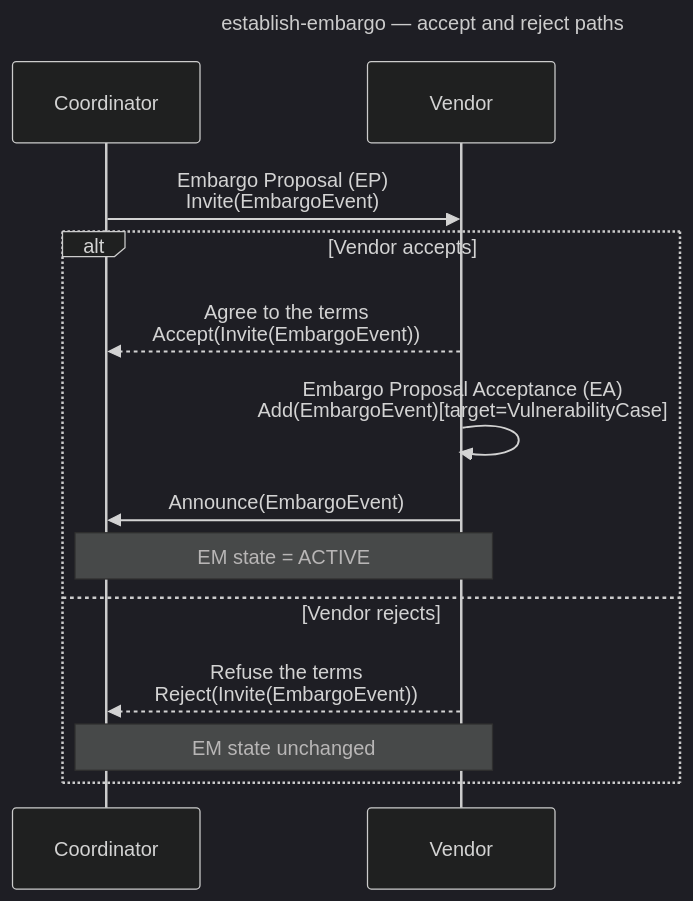
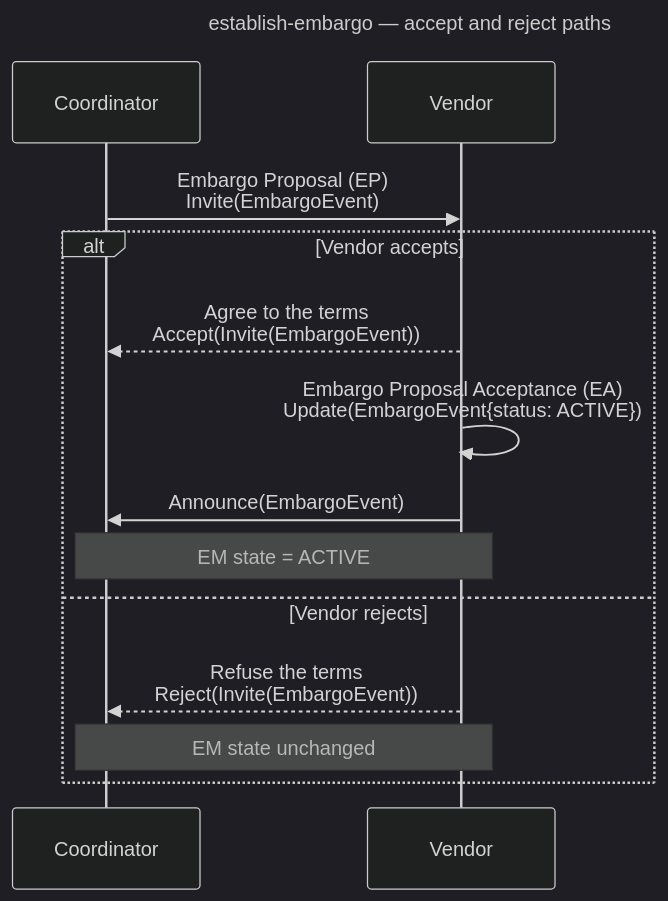
One commit to CERTCC/Vultron changed the fifth of 9 diagrams in docs/tutorials/other_demos.md. Above: the diagram before and after it, drawn with Mermaid (dark theme). The commit also changed other lines of this file and 145 other files, not shown here.

First line of the commit message:
feat(embargo): the Case Owner decides a proposal with its own Update of the embargo's status

````diff
--- a/docs/tutorials/other_demos.md
+++ b/docs/tutorials/other_demos.md
@@ -271,19 +271,19 @@
 ```mermaid
 ---
 title: establish-embargo — accept and reject paths
 ---
 sequenceDiagram
     participant C as Coordinator
     participant V as Vendor
 
     C->>V: Embargo Proposal (EP)<br/>Invite(EmbargoEvent)
     alt Vendor accepts
         V-->>C: Agree to the terms<br/>Accept(Invite(EmbargoEvent))
-        V->>V: Embargo Proposal Acceptance (EA)<br/>Add(EmbargoEvent)[target=VulnerabilityCase]
+        V->>V: Embargo Proposal Acceptance (EA)<br/>Update(EmbargoEvent{status: ACTIVE})
         V->>C: Announce(EmbargoEvent)
         Note over C,V: EM state = ACTIVE
     else Vendor rejects
         V-->>C: Refuse the terms<br/>Reject(Invite(EmbargoEvent))
         Note over C,V: EM state unchanged
     end
 ```
````
